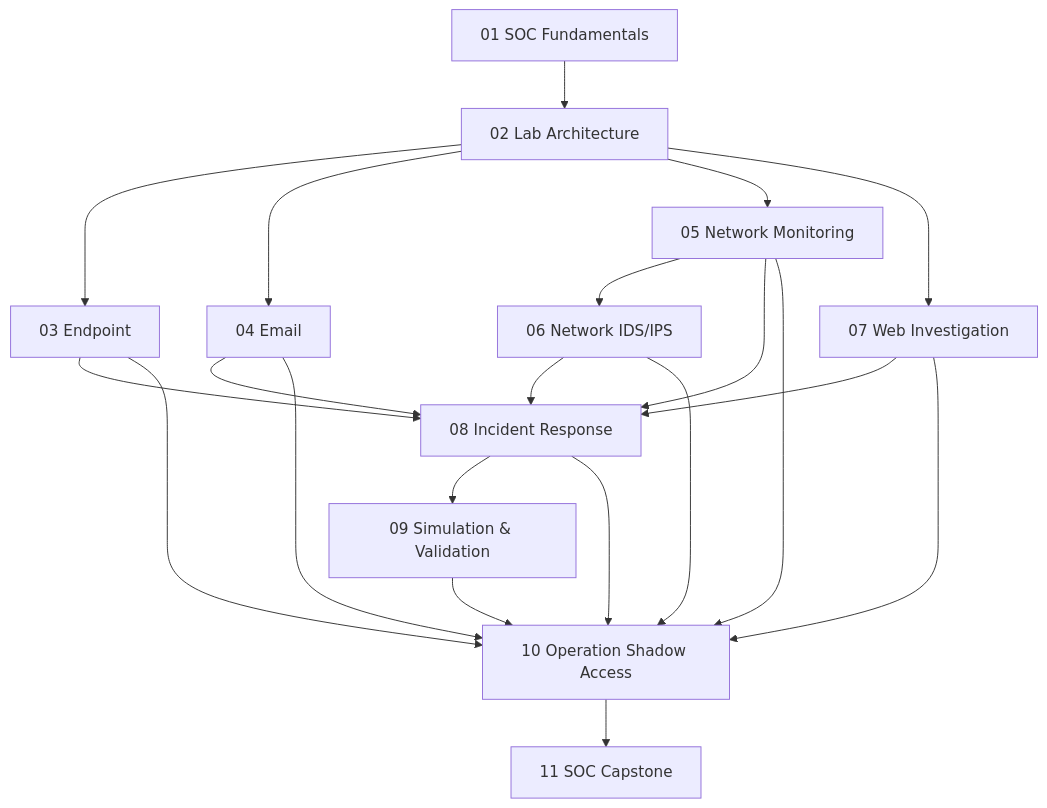
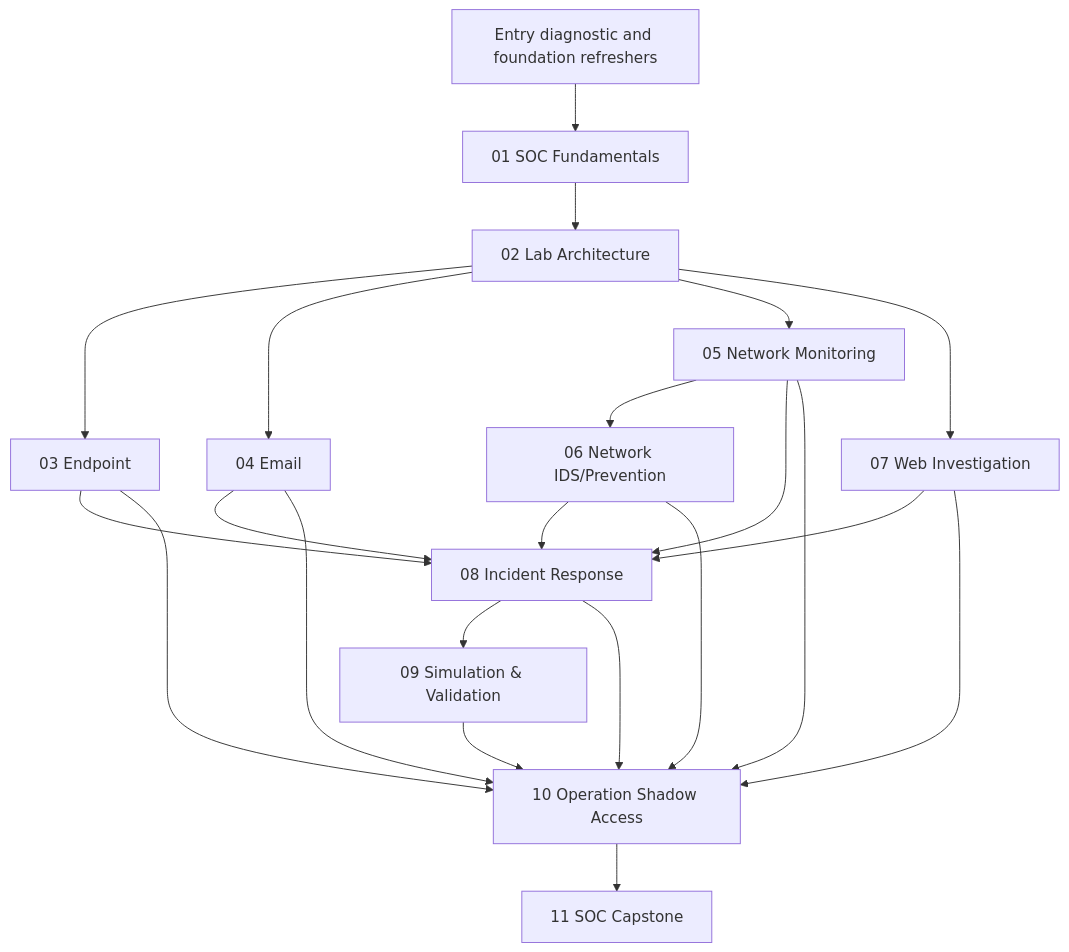
The diagram in curriculum/prerequisite-map.md (Geeky-Pro/SOC-LAB), drawn with Mermaid before and after one commit. The commit also changed other lines of this file, not shown here.

````diff
--- a/curriculum/prerequisite-map.md
+++ b/curriculum/prerequisite-map.md
@@ -5,23 +5,24 @@
 ```mermaid
 flowchart TD
-  M01[01 SOC Fundamentals] --> M02[02 Lab Architecture]
+  R[Entry diagnostic and foundation refreshers] --> M01[01 SOC Fundamentals]
+  M01 --> M02[02 Lab Architecture]
   M02 --> M03[03 Endpoint]
   M02 --> M04[04 Email]
   M02 --> M05[05 Network Monitoring]
-  M05 --> M06[06 Network IDS/IPS]
+  M05 --> M06[06 Network IDS/Prevention]
   M02 --> M07[07 Web Investigation]
   M03 --> M08[08 Incident Response]
   M04 --> M08
   M05 --> M08
   M06 --> M08
   M07 --> M08
   M08 --> M09[09 Simulation & Validation]
   M03 --> M10[10 Operation Shadow Access]
   M04 --> M10
   M05 --> M10
   M06 --> M10
   M07 --> M10
   M08 --> M10
   M09 --> M10
   M10 --> M11[11 SOC Capstone]
 ```
````
